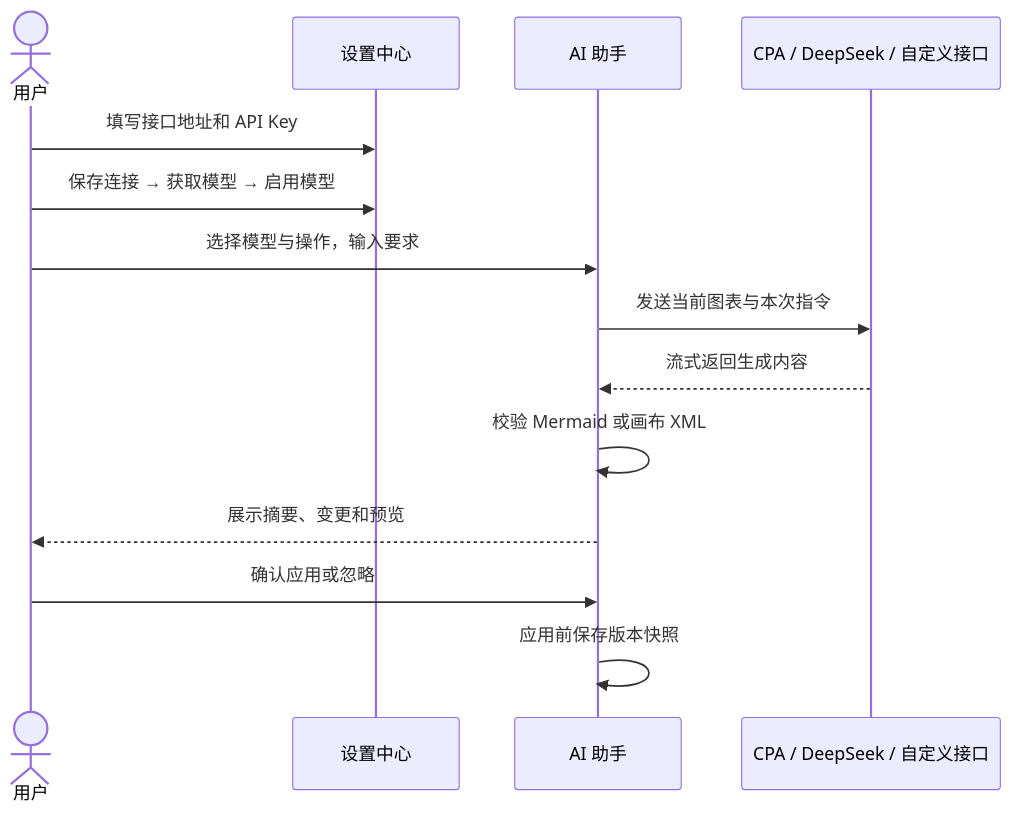
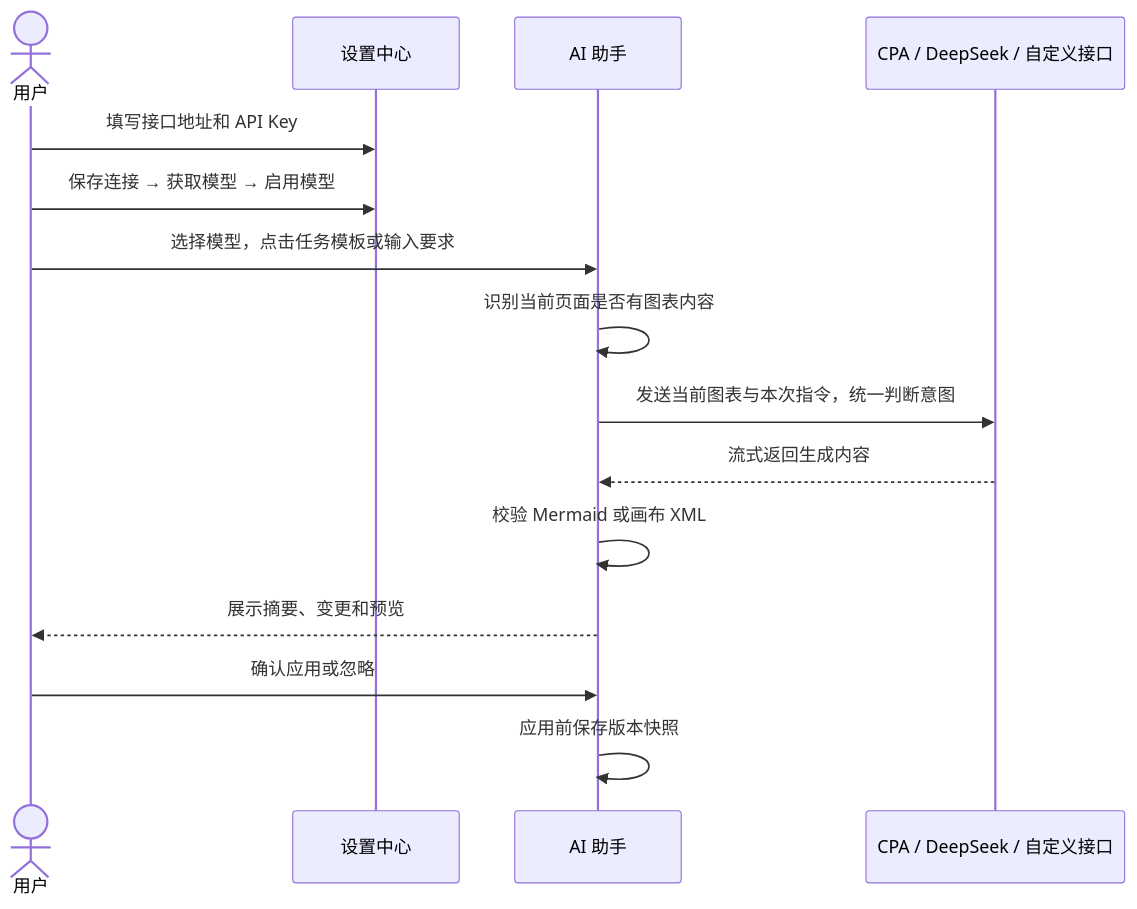
Before and after one commit to Fengsha5201314/Codebuddy_001_mermaid-markmap: the third of 4 diagrams in README.md, drawn with Mermaid. The commit also changed other lines of this file and 18 other files, not shown here.

````diff
--- a/README.md
+++ b/README.md
@@ -72,16 +72,17 @@
 ```mermaid
 sequenceDiagram
     actor U as 用户
     participant S as 设置中心
     participant A as AI 助手
     participant P as CPA / DeepSeek / 自定义接口
     U->>S: 填写接口地址和 API Key
     U->>S: 保存连接 → 获取模型 → 启用模型
-    U->>A: 选择模型与操作，输入要求
-    A->>P: 发送当前图表与本次指令
+    U->>A: 选择模型，点击任务模板或输入要求
+    A->>A: 识别当前页面是否有图表内容
+    A->>P: 发送当前图表与本次指令，统一判断意图
     P-->>A: 流式返回生成内容
     A->>A: 校验 Mermaid 或画布 XML
     A-->>U: 展示摘要、变更和预览
     U->>A: 确认应用或忽略
     A->>A: 应用前保存版本快照
 ```
````
